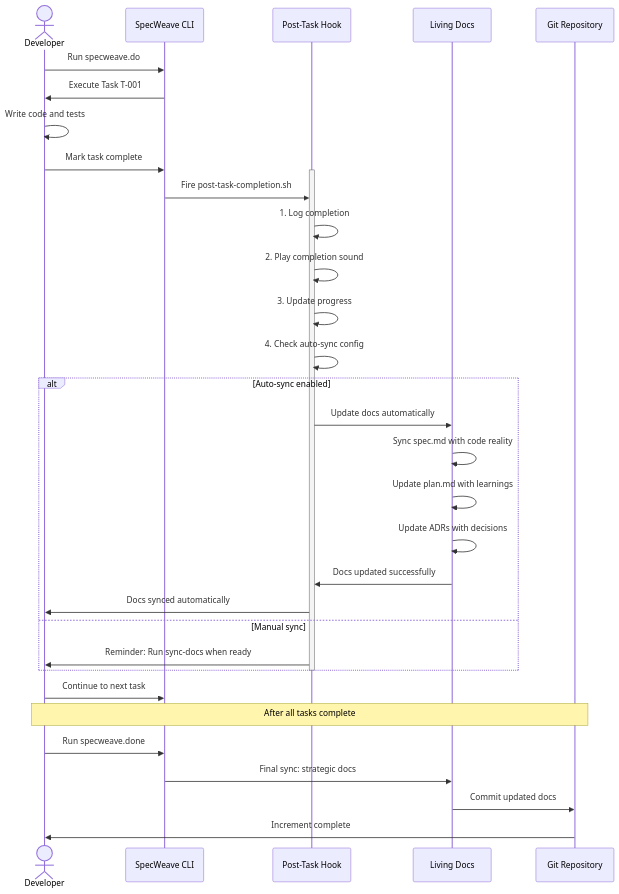
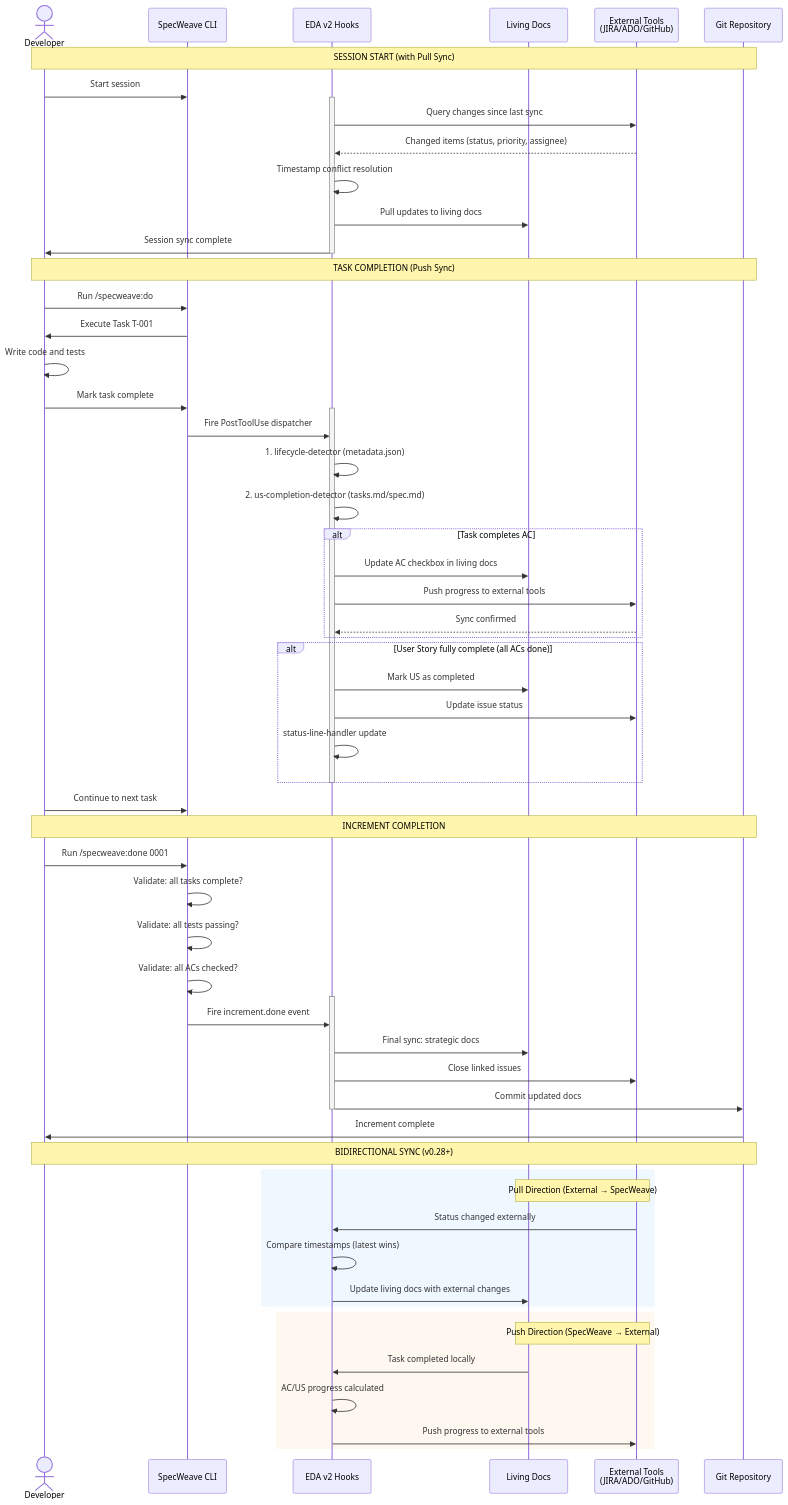
The diagram in .specweave/docs/internal/architecture/diagrams/5-living-docs-sync.mmd (anton-abyzov/specweave), drawn with Mermaid before and after one commit. The commit also changed 135 other files, not shown here.

First line of the commit message:
feat: add living docs builder, ADO hierarchy intelligence, and bidirectional sync

```diff
--- a/.specweave/docs/internal/architecture/diagrams/5-living-docs-sync.mmd
+++ b/.specweave/docs/internal/architecture/diagrams/5-living-docs-sync.mmd
@@ -1,38 +1,77 @@
 sequenceDiagram
     actor Dev as Developer
     participant CLI as SpecWeave CLI
-    participant Hook as Post-Task Hook
+    participant Hook as EDA v2 Hooks
     participant Docs as Living Docs
+    participant Ext as External Tools<br/>(JIRA/ADO/GitHub)
     participant Git as Git Repository
 
-    Dev->>CLI: Run specweave.do
+    Note over Dev,Git: SESSION START (with Pull Sync)
+
+    Dev->>CLI: Start session
+    activate Hook
+    Hook->>Ext: Query changes since last sync
+    Ext-->>Hook: Changed items (status, priority, assignee)
+    Hook->>Hook: Timestamp conflict resolution
+    Hook->>Docs: Pull updates to living docs
+    Hook->>Dev: Session sync complete
+    deactivate Hook
+
+    Note over Dev,Git: TASK COMPLETION (Push Sync)
+
+    Dev->>CLI: Run /specweave:do
     CLI->>Dev: Execute Task T-001
     Dev->>Dev: Write code and tests
     Dev->>CLI: Mark task complete
 
     activate Hook
-    CLI->>Hook: Fire post-task-completion.sh
-    Hook->>Hook: 1. Log completion
-    Hook->>Hook: 2. Play completion sound
-    Hook->>Hook: 3. Update progress
-    Hook->>Hook: 4. Check auto-sync config
+    CLI->>Hook: Fire PostToolUse dispatcher
+    Hook->>Hook: 1. lifecycle-detector (metadata.json)
+    Hook->>Hook: 2. us-completion-detector (tasks.md/spec.md)
 
-    alt Auto-sync enabled
-        Hook->>Docs: Update docs automatically
-        Docs->>Docs: Sync spec.md with code reality
-        Docs->>Docs: Update plan.md with learnings
-        Docs->>Docs: Update ADRs with decisions
-        Docs->>Hook: Docs updated successfully
-        Hook->>Dev: Docs synced automatically
-    else Manual sync
-        Hook->>Dev: Reminder: Run sync-docs when ready
+    alt Task completes AC
+        Hook->>Docs: Update AC checkbox in living docs
+        Hook->>Ext: Push progress to external tools
+        Ext-->>Hook: Sync confirmed
+    end
+
+    alt User Story fully complete (all ACs done)
+        Hook->>Docs: Mark US as completed
+        Hook->>Ext: Update issue status
+        Hook->>Hook: status-line-handler update
     end
     deactivate Hook
 
     Dev->>CLI: Continue to next task
 
-    Note over Dev,Git: After all tasks complete
-    Dev->>CLI: Run specweave.done
-    CLI->>Docs: Final sync: strategic docs
-    Docs->>Git: Commit updated docs
+    Note over Dev,Git: INCREMENT COMPLETION
+
+    Dev->>CLI: Run /specweave:done 0001
+    CLI->>CLI: Validate: all tasks complete?
+    CLI->>CLI: Validate: all tests passing?
+    CLI->>CLI: Validate: all ACs checked?
+
+    activate Hook
+    CLI->>Hook: Fire increment.done event
+    Hook->>Docs: Final sync: strategic docs
+    Hook->>Ext: Close linked issues
+    Hook->>Git: Commit updated docs
+    deactivate Hook
+
     Git->>Dev: Increment complete
+
+    Note over Dev,Git: BIDIRECTIONAL SYNC (v0.28+)
+
+    rect rgb(240, 248, 255)
+        Note over Ext,Docs: Pull Direction (External → SpecWeave)
+        Ext->>Hook: Status changed externally
+        Hook->>Hook: Compare timestamps (latest wins)
+        Hook->>Docs: Update living docs with external changes
+    end
+
+    rect rgb(255, 248, 240)
+        Note over Docs,Ext: Push Direction (SpecWeave → External)
+        Docs->>Hook: Task completed locally
+        Hook->>Hook: AC/US progress calculated
+        Hook->>Ext: Push progress to external tools
+    end
```
